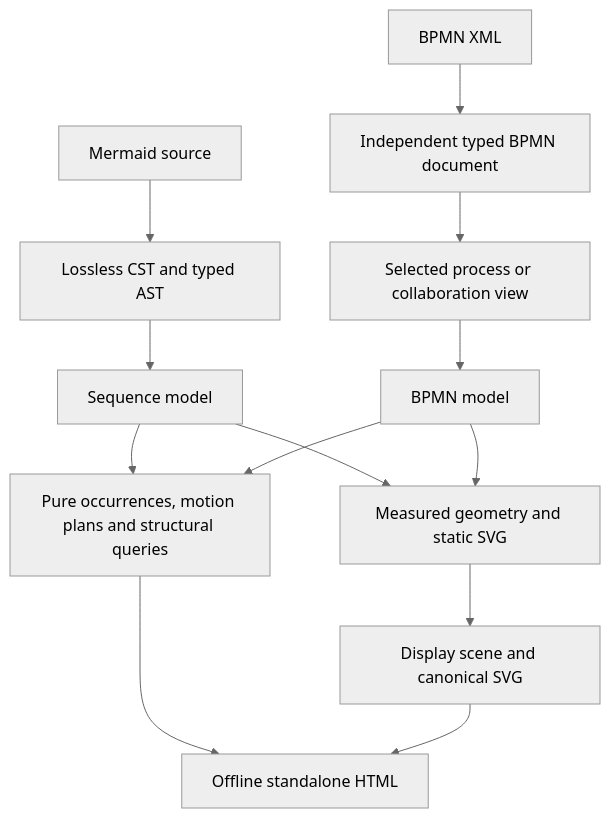
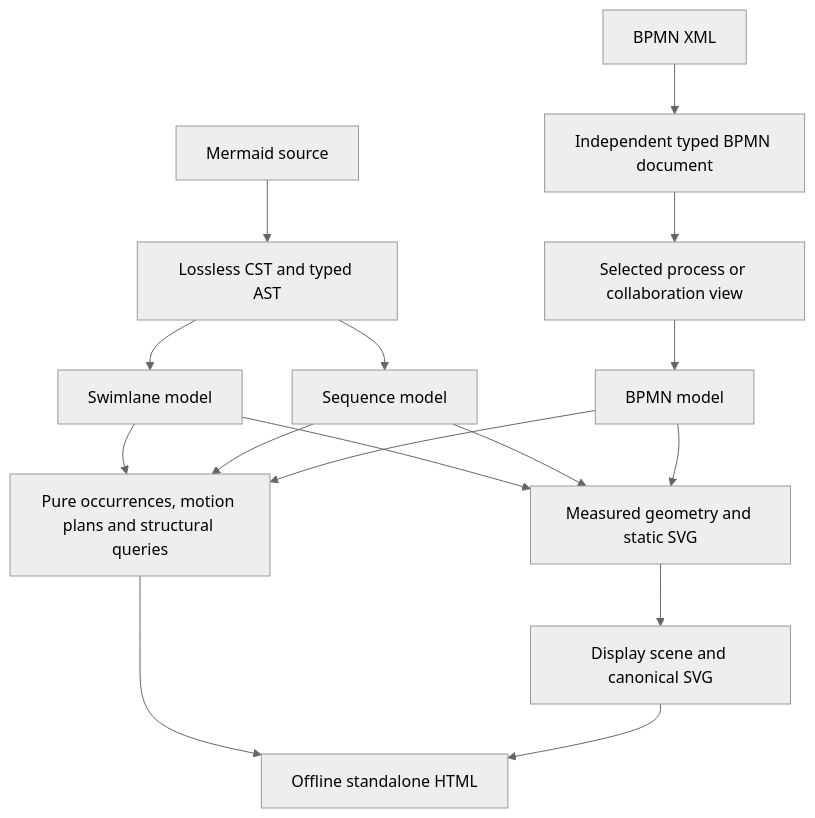
Before and after one commit to moonrockz/diagrams.mbt: the diagram in docs/design/overview.md, drawn with Mermaid (neutral theme). The commit also changed other lines of this file and 194 other files, not shown here.

First line of the commit message:
feat(mermaid)!: add native swimlane diagrams

````diff
--- a/docs/design/overview.md
+++ b/docs/design/overview.md
@@ -14,15 +14,18 @@
 ```mermaid
 graph TD
   A[Mermaid source] --> B[Lossless CST and typed AST]
   B --> C[Sequence model]
+  B --> S[Swimlane model]
+  S --> H
+  S --> I
   D[BPMN XML] --> E[Independent typed BPMN document]
   E --> F[Selected process or collaboration view]
   F --> G[BPMN model]
   C --> H[Measured geometry and static SVG]
   G --> H
   C --> I[Pure occurrences, motion plans and structural queries]
   G --> I
   H --> J[Display scene and canonical SVG]
   I --> K[Offline standalone HTML]
   J --> K
 ```
````
